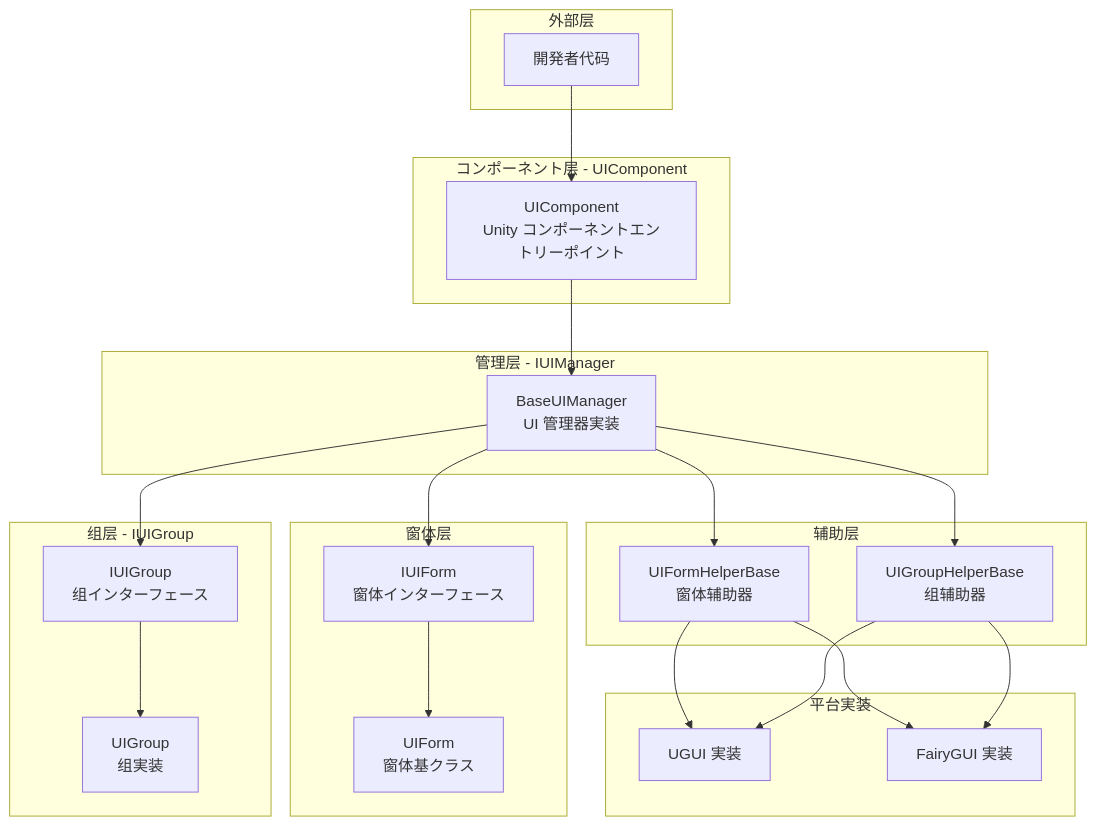
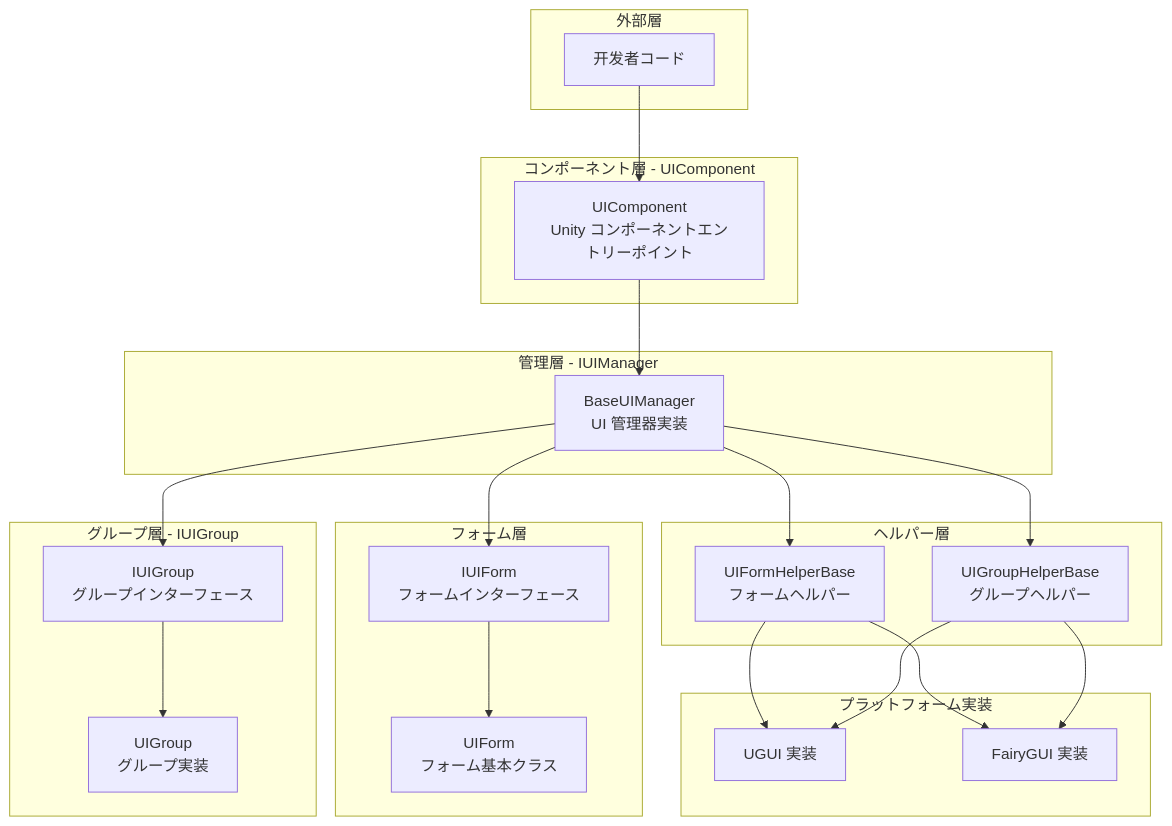
Before and after one commit to AlianBlank/GameFrameX.Docs: the first of 5 diagrams in docs/ja/client/unity/component/ui/01.overview.md, drawn with Mermaid. The commit also changed other lines of this file and 320 other files, not shown here.

````diff
--- a/docs/ja/client/unity/component/ui/01.overview.md
+++ b/docs/ja/client/unity/component/ui/01.overview.md
@@ -17,47 +17,47 @@
 ```mermaid
 flowchart TD
-    subgraph External["外部层"]
-        Client[開発者代码]
+    subgraph External["外部層"]
+        Client[开发者コード]
     end
 
-    subgraph Component["コンポーネント层 - UIComponent"]
+    subgraph Component["コンポーネント層 - UIComponent"]
         Entry[UIComponent<br/>Unity コンポーネントエントリーポイント]
     end
 
-    subgraph Manager["管理层 - IUIManager"]
+    subgraph Manager["管理層 - IUIManager"]
         ManagerImpl[BaseUIManager<br/>UI 管理器実装]
     end
 
-    subgraph Form["窗体层"]
-        IUIForm[IUIForm<br/>窗体インターフェース]
-        UIFormImpl[UIForm<br/>窗体基クラス]
+    subgraph Form["フォーム層"]
+        IUIForm[IUIForm<br/>フォームインターフェース]
+        UIFormImpl[UIForm<br/>フォーム基本クラス]
     end
 
-    subgraph Group["组层 - IUIGroup"]
-        IUIUIGroup[IUIGroup<br/>组インターフェース]
-        UIGroupImpl[UIGroup<br/>组実装]
+    subgraph Group["グループ層 - IUIGroup"]
+        IUIUIGroup[IUIGroup<br/>グループインターフェース]
+        UIGroupImpl[UIGroup<br/>グループ実装]
     end
 
-    subgraph Helper["辅助层"]
-        FormHelper[UIFormHelperBase<br/>窗体辅助器]
-        GroupHelper[UIGroupHelperBase<br/>组辅助器]
+    subgraph Helper["ヘルパー層"]
+        FormHelper[UIFormHelperBase<br/>フォームヘルパー]
+        GroupHelper[UIGroupHelperBase<br/>グループヘルパー]
     end
 
-    subgraph Platform["平台実装"]
+    subgraph Platform["プラットフォーム実装"]
         UGUI[UGUI 実装]
         FairyGUI[FairyGUI 実装]
     end
 
     Client --> Entry
     Entry --> ManagerImpl
     ManagerImpl --> IUIForm
     ManagerImpl --> IUIUIGroup
     IUIForm --> UIFormImpl
     IUIUIGroup --> UIGroupImpl
     ManagerImpl --> FormHelper
     ManagerImpl --> GroupHelper
     FormHelper --> UGUI
     FormHelper --> FairyGUI
     GroupHelper --> UGUI
     GroupHelper --> FairyGUI
 ```
````
